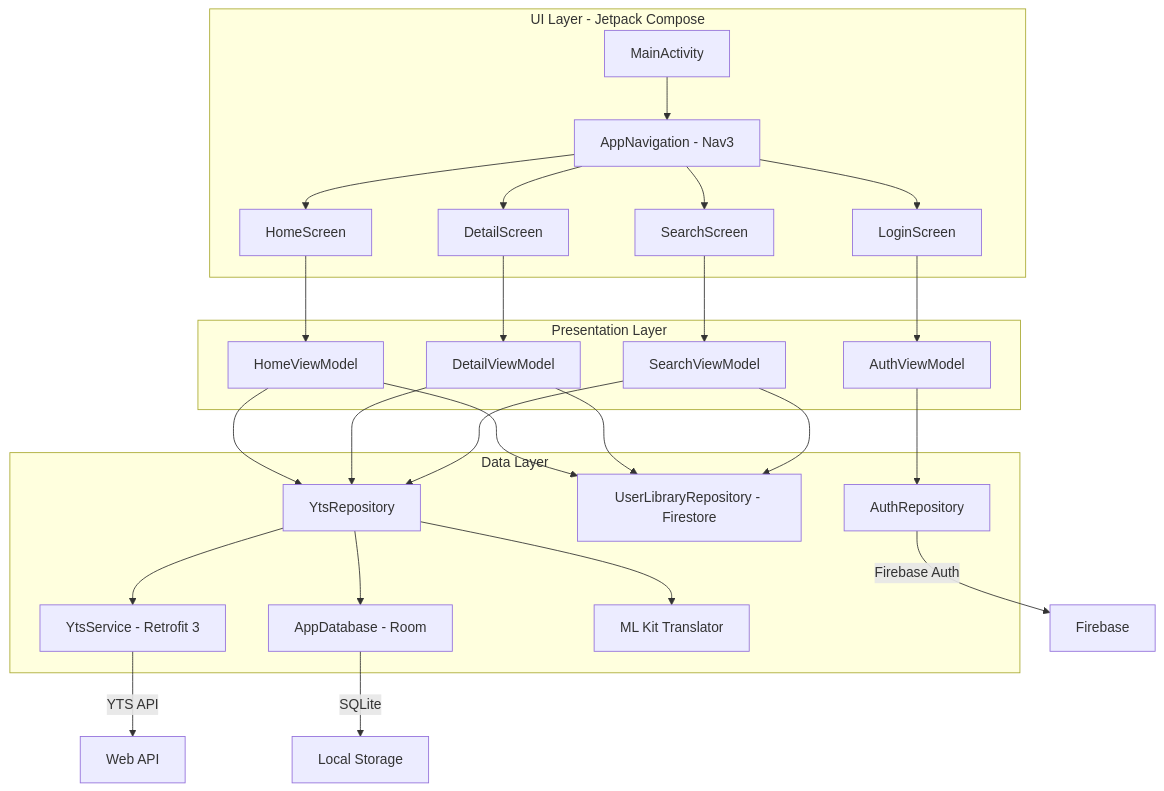
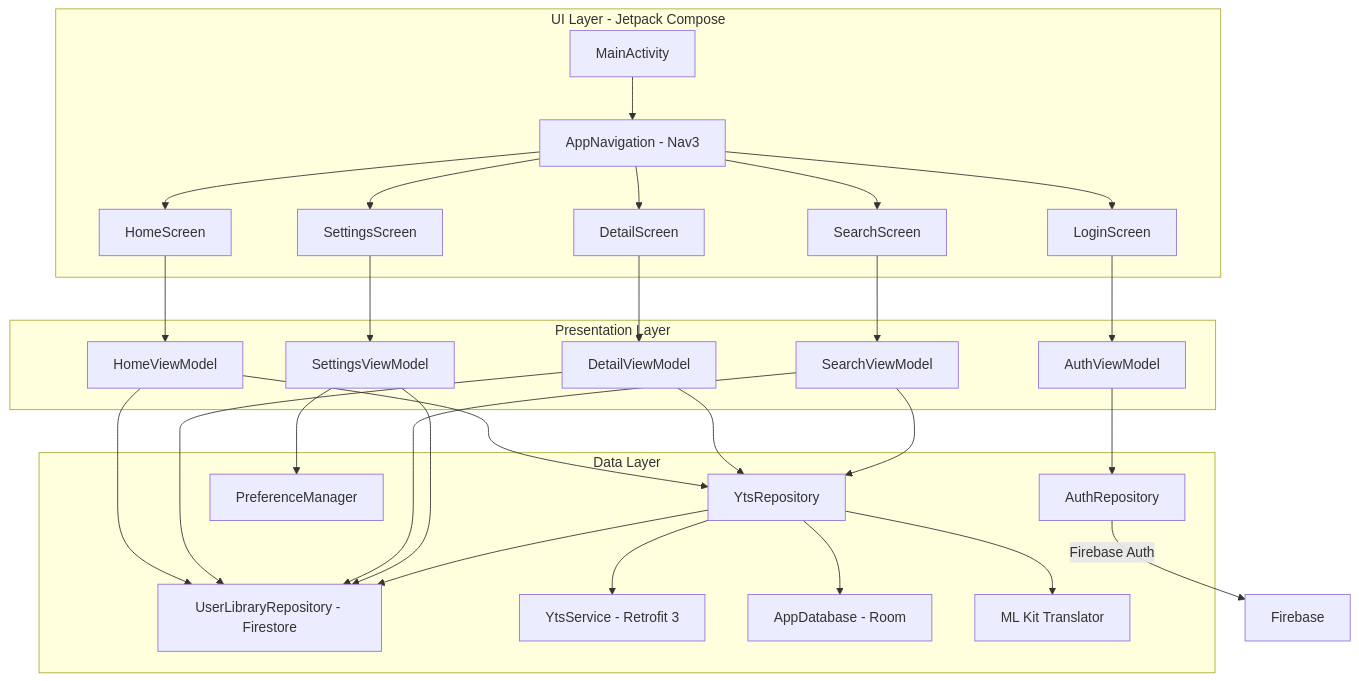
One commit to martinrevert/LaTorrentola changed the first of 5 diagrams in README.md. Above: the diagram before and after it, drawn with Mermaid. The commit also changed other lines of this file and 2 other files, not shown here.

Commit message:
Enhance UI previews for light and dark modes across Home, Login, Movie Detail, Search, and Settings screens

````diff
--- a/README.md
+++ b/README.md
@@ -26,45 +26,48 @@
 ```mermaid
 graph TD
     subgraph UI_Layer [UI Layer - Jetpack Compose]
         MA[MainActivity]
         NV[AppNavigation - Nav3]
         LS[LoginScreen]
         HS[HomeScreen]
         DS[DetailScreen]
         SS[SearchScreen]
+        STS[SettingsScreen]
     end
 
     subgraph Presentation_Layer [Presentation Layer]
         AVM[AuthViewModel]
         HVM[HomeViewModel]
         DVM[DetailViewModel]
         SVM[SearchViewModel]
+        STVM[SettingsViewModel]
     end
 
     subgraph Domain_Data_Layer [Data Layer]
         AREP[AuthRepository]
         UREP[UserLibraryRepository - Firestore]
         REP[YtsRepository]
         RS[YtsService - Retrofit 3]
         DB[AppDatabase - Room]
         MLK[ML Kit Translator]
+        PM[PreferenceManager]
     end
 
     MA --> NV
-    NV --> LS & HS & DS & SS
+    NV --> LS & HS & DS & SS & STS
     LS --> AVM
     HS --> HVM
     DS --> DVM
     SS --> SVM
+    STS --> STVM
     
     AVM --> AREP
     AREP -->|Firebase Auth| FAN[Firebase]
-    HVM & DVM & SVM --> UREP
+    HVM & DVM & SVM & STVM --> UREP
     HVM & DVM & SVM --> REP
+    STVM --> PM
     REP --> RS
     REP --> DB
     REP --> MLK
-    
-    RS -->|YTS API| WAN[Web API]
-    DB -->|SQLite| DISK[Local Storage]
+    REP --> UREP
 ```
````
